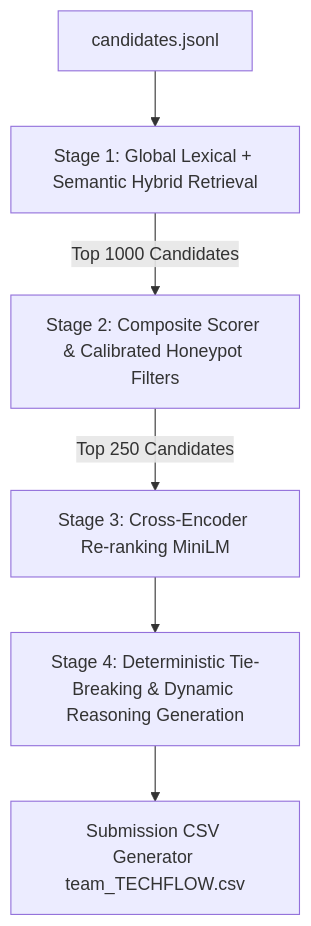
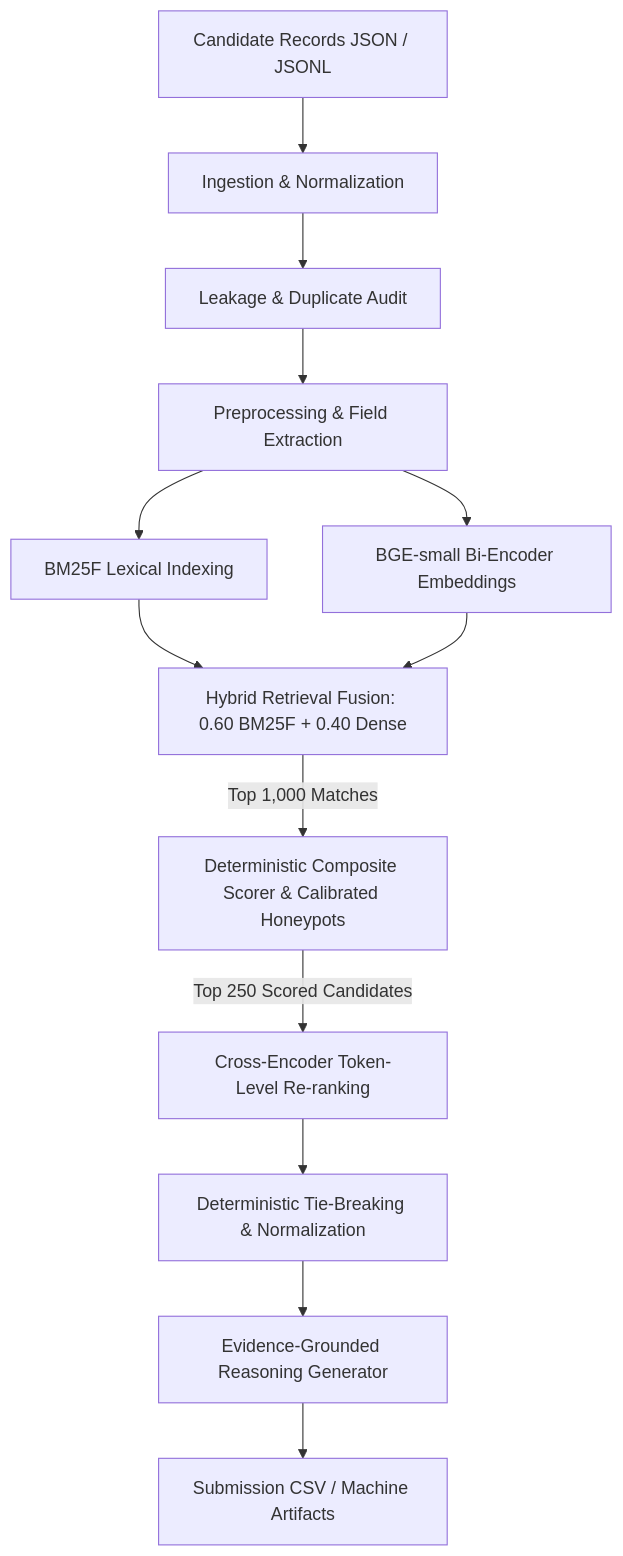
Before and after one commit to Anshsurana123/job-recruitment: the diagram in README.md, drawn with Mermaid. The commit also changed other lines of this file and 35 other files, not shown here.

Commit message:
feat: transform candidate ranking into production-grade IR system with benchmark evaluation and leakage protection

````diff
--- a/README.md
+++ b/README.md
@@ -19,8 +27,15 @@
 ```mermaid
 graph TD
-    A[candidates.jsonl] --> B[Stage 1: Global Lexical + Semantic Hybrid Retrieval]
-    B -->|Top 1000 Candidates| C[Stage 2: Composite Scorer & Calibrated Honeypot Filters]
-    C -->|Top 250 Candidates| D[Stage 3: Cross-Encoder Re-ranking MiniLM]
-    D --> E[Stage 4: Deterministic Tie-Breaking & Dynamic Reasoning Generation]
-    E --> F[Submission CSV Generator team_TECHFLOW.csv]
+    A[Candidate Records JSON / JSONL] --> B[Ingestion & Normalization]
+    B --> C[Leakage & Duplicate Audit]
+    C --> D[Preprocessing & Field Extraction]
+    D --> E1[BM25F Lexical Indexing]
+    D --> E2[BGE-small Bi-Encoder Embeddings]
+    E1 --> F[Hybrid Retrieval Fusion: 0.60 BM25F + 0.40 Dense]
+    E2 --> F
+    F -->|Top 1,000 Matches| G[Deterministic Composite Scorer & Calibrated Honeypots]
+    G -->|Top 250 Scored Candidates| H[Cross-Encoder Token-Level Re-ranking]
+    H --> I[Deterministic Tie-Breaking & Normalization]
+    I --> J[Evidence-Grounded Reasoning Generator]
+    J --> K[Submission CSV / Machine Artifacts]
 ```
````
